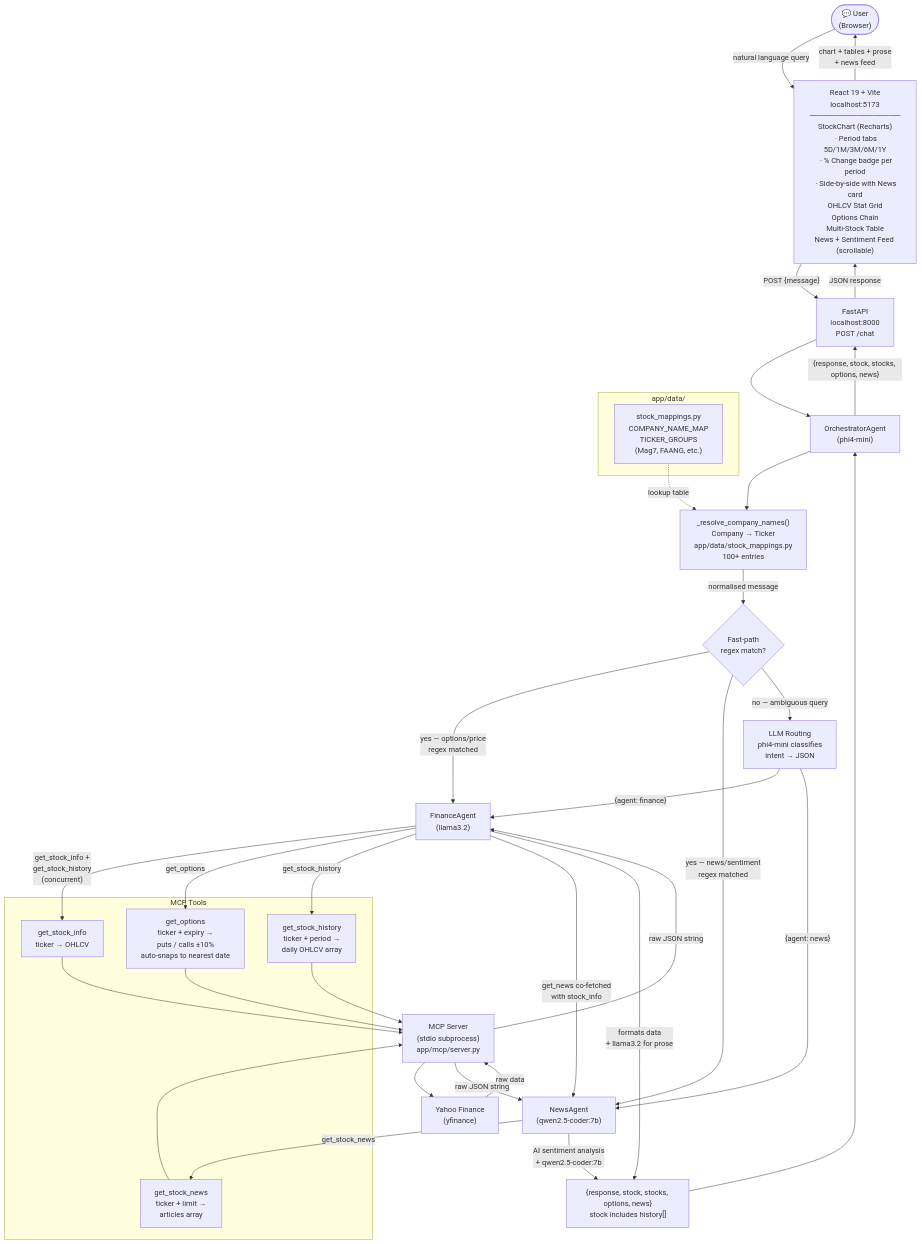
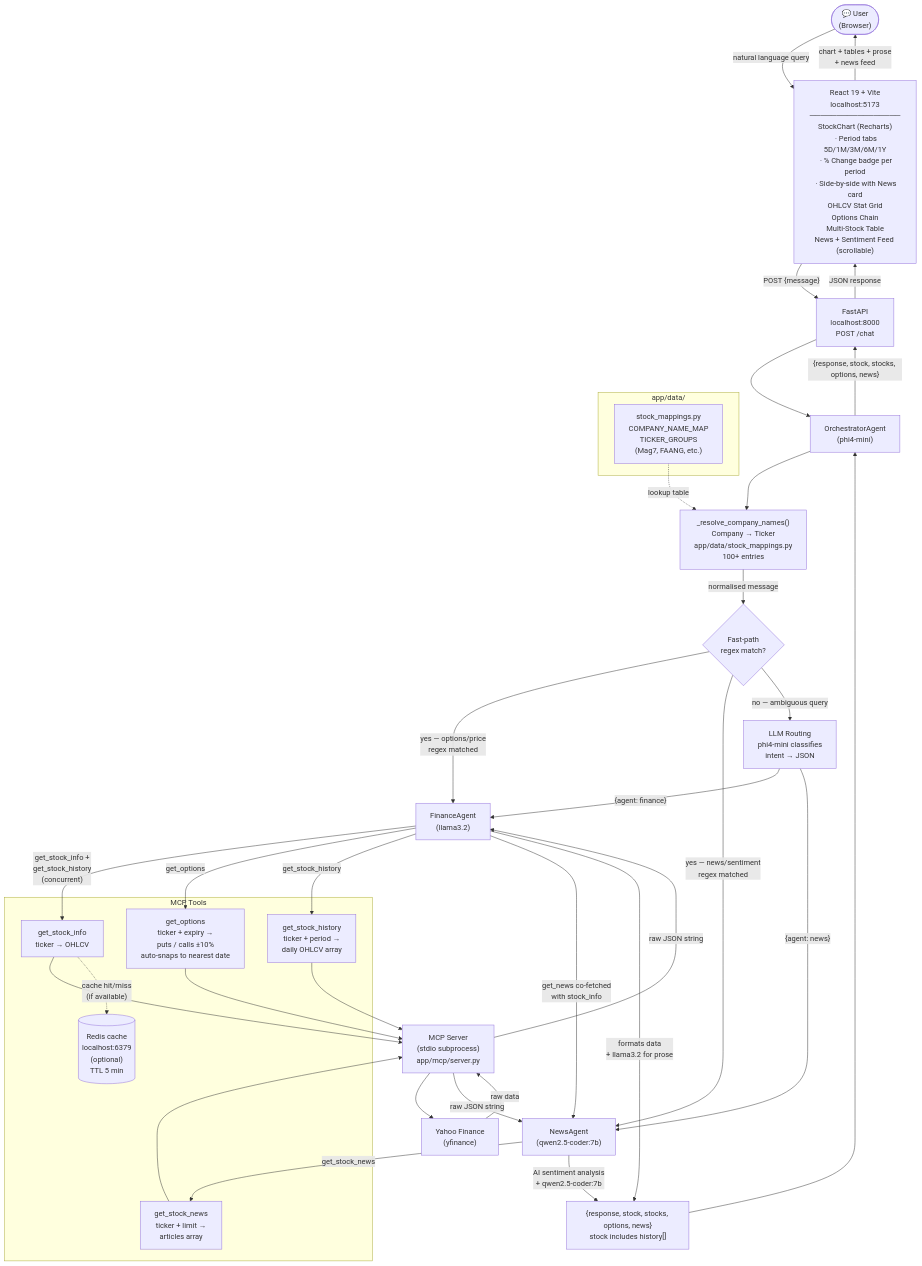
Before and after one commit to VenkatManchikalapudi/Stock-Options-Tracker: the diagram in architecture.mmd, drawn with Mermaid. The commit also changed 4 other files, not shown here.

First line of the commit message:
fix: implement OrchestratorAgent.route(), remove broken /chat duplicate, make Redis optional

```diff
--- a/architecture.mmd
+++ b/architecture.mmd
@@ -1,58 +1,60 @@
 flowchart TD
     User(["💬 User\n(Browser)"])
     UI["React 19 + Vite\nlocalhost:5173\n─────────────────\nStockChart (Recharts)\n  · Period tabs 5D/1M/3M/6M/1Y\n  · % Change badge per period\n  · Side-by-side with News card\nOHLCV Stat Grid\nOptions Chain\nMulti-Stock Table\nNews + Sentiment Feed (scrollable)"]
     API["FastAPI\nlocalhost:8000\nPOST /chat"]
     Orch["OrchestratorAgent\n(phi4-mini)"]
     Resolve["_resolve_company_names()\nCompany → Ticker\napp/data/stock_mappings.py\n100+ entries"]
     FastPath{"Fast-path\nregex match?"}
     LLMRoute["LLM Routing\nphi4-mini classifies\nintent → JSON"]
     Finance["FinanceAgent\n(llama3.2)"]
     News["NewsAgent\n(qwen2.5-coder:7b)"]
     MCP["MCP Server\n(stdio subprocess)\napp/mcp/server.py"]
     YF["Yahoo Finance\n(yfinance)"]
     Result["{response, stock, stocks, options, news}\nstock includes history[]"]
 
     subgraph data ["app/data/"]
         Mappings["stock_mappings.py\nCOMPANY_NAME_MAP\nTICKER_GROUPS\n(Mag7, FAANG, etc.)"]
     end
 
     subgraph mcp_tools ["MCP Tools"]
         T1["get_stock_info\nticker → OHLCV"]
         T2["get_options\nticker + expiry →\nputs / calls ±10%\nauto-snaps to nearest date"]
         T3["get_stock_history\nticker + period →\ndaily OHLCV array"]
         T4["get_stock_news\nticker + limit →\narticles array"]
+        Redis[("Redis cache\nlocalhost:6379\n(optional)\nTTL 5 min")]
     end
 
     User -->|"natural language query"| UI
     UI -->|"POST {message}"| API
     API --> Orch
 
     Mappings -.->|"lookup table"| Resolve
     Orch --> Resolve
     Resolve -->|"normalised message"| FastPath
 
     FastPath -->|"yes — options/price\nregex matched"| Finance
     FastPath -->|"yes — news/sentiment\nregex matched"| News
     FastPath -->|"no — ambiguous query"| LLMRoute
     LLMRoute -->|"{agent: finance}"| Finance
     LLMRoute -->|"{agent: news}"| News
 
     Finance -->|"get_stock_info +\nget_stock_history\n(concurrent)"| T1
     Finance -->|"get_options"| T2
     Finance -->|"get_stock_history"| T3
     Finance -->|"get_news co-fetched\nwith stock_info"| News
 
     News -->|"get_stock_news"| T4
 
     T1 & T2 & T3 & T4 --> MCP
+    T1 -.->|"cache hit/miss\n(if available)"| Redis
     MCP --> YF
     YF -->|"raw data"| MCP
     MCP -->|"raw JSON string"| Finance
     MCP -->|"raw JSON string"| News
 
     Finance -->|"formats data\n+ llama3.2 for prose"| Result
     News -->|"AI sentiment analysis\n+ qwen2.5-coder:7b"| Result
     Result --> Orch
     Orch -->|"{response, stock, stocks, options, news}"| API
     API -->|"JSON response"| UI
     UI -->|"chart + tables + prose\n+ news feed"| User
```
